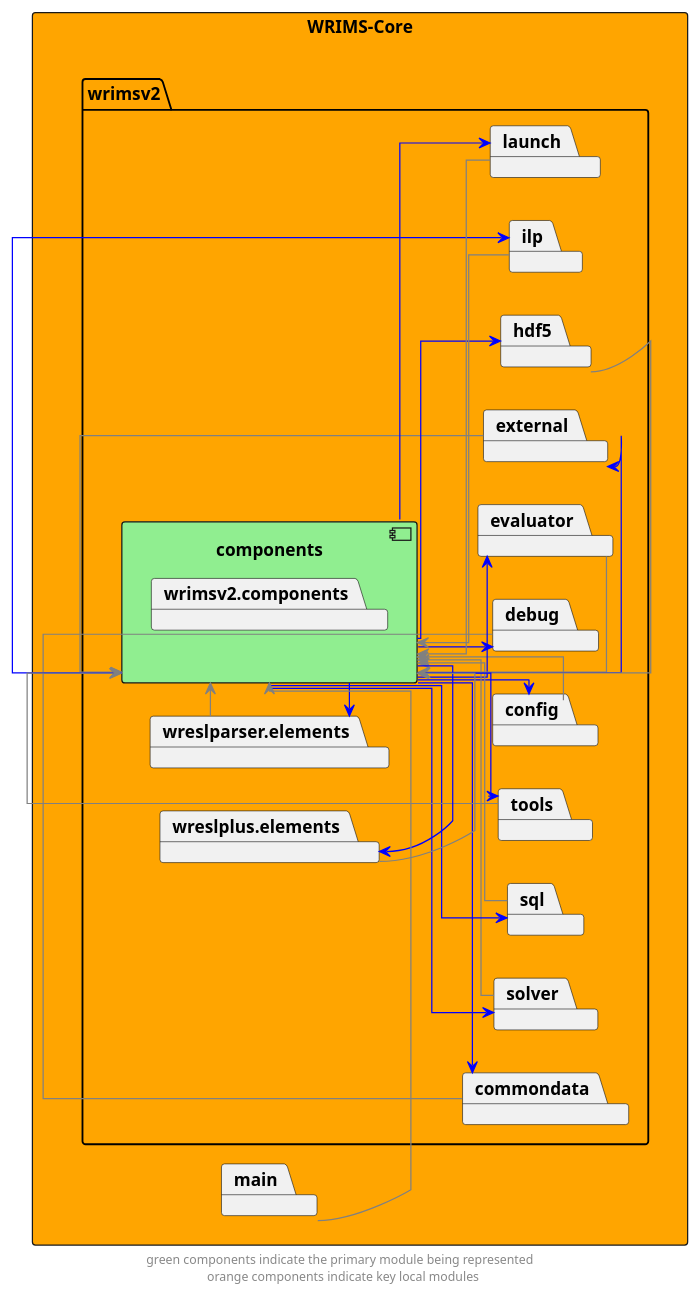
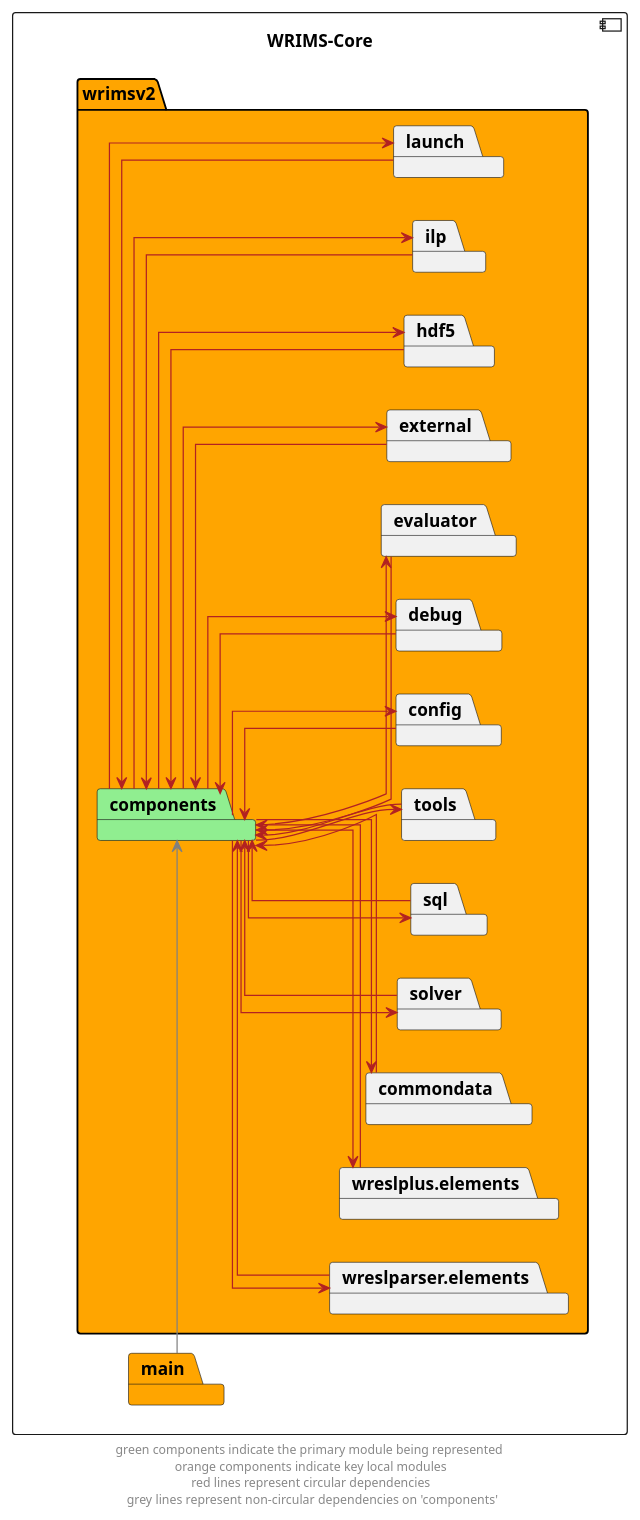
Before and after one commit to CentralValleyModeling/wrims: the diagram in docs/diagrams/wrims-core/wrims-core_components.puml, drawn with PlantUML. The commit also changed 63 other files, not shown here.

Commit message:
updated diagrams for improved consistency and legibility

```diff
--- a/docs/diagrams/wrims-core/wrims-core_components.puml
+++ b/docs/diagrams/wrims-core/wrims-core_components.puml
@@ -1,77 +1,75 @@
 @startuml
 left to right direction
 skinparam linetype ortho
-rectangle wrims_core as "WRIMS-Core" #orange {
-    package wrimsv2 {
-        component components #lightgreen {
-            package wrimsv2.components
-        }
+component wrims_core as "WRIMS-Core" {
+    package wrimsv2  #orange{
+        package components #lightgreen
         package commondata
         package wreslparser.elements
         package wreslplus.elements
         package solver
         package sql
         package tools
         package config
         package debug
         package evaluator
         package external
         package hdf5
         package ilp
         package launch
     }
-package main
+package main #orange
 }
 
-components --> commondata #blue
-commondata --> components #grey
+components --> commondata #firebrick
+commondata --> components #firebrick
 
-components --> config #blue
-config --> components #grey
+components --> config #firebrick
+config --> components #firebrick
 
-components --> debug #blue
-debug --> components #grey
+components --> debug #firebrick
+debug --> components #firebrick
 
-components --> evaluator #blue
-evaluator --> components #grey
+components --> evaluator #firebrick
+evaluator --> components #firebrick
 
-components --> external #blue
-external --> components #grey
+components --> external #firebrick
+external --> components #firebrick
 
-components --> hdf5 #blue
-hdf5 --> components #grey
+components --> hdf5 #firebrick
+hdf5 --> components #firebrick
 
-components --> ilp #blue
-ilp --> components #grey
+components --> ilp #firebrick
+ilp --> components #firebrick
 
-components --> launch #blue
-launch --> components #grey
+components --> launch #firebrick
+launch --> components #firebrick
 
-components --> solver #blue
-solver --> components #grey
+components --> solver #firebrick
+solver --> components #firebrick
 
-components --> sql #blue
-sql --> components #grey
+components --> sql #firebrick
+sql --> components #firebrick
 
-components --> tools #blue
-tools --> components #grey
+components --> tools #firebrick
+tools --> components #firebrick
 
-components --> wreslparser.elements #blue
-wreslparser.elements --> components #grey
+components --> wreslparser.elements #firebrick
+wreslparser.elements --> components #firebrick
 
-components --> wreslplus.elements #blue
-wreslplus.elements --> components #grey
+components --> wreslplus.elements #firebrick
+wreslplus.elements --> components #firebrick
 
 
 main -right-> components #grey
 
 
 ' The following relationships are hidden and used to format the diagram. They do not represent actual dependencies.
 main -up[hidden]-> wrims_core
 'commondata -up[hidden]-> wreslparser.elements
 'wreslparser.elements -up[hidden]-> wreslplus.elements
 'commondata -left[hidden]-> components
 wreslparser.elements -left[hidden]-> components
 wreslplus.elements -left[hidden]-> components
-footer "green components indicate the primary module being represented \n orange components indicate key local modules"
+footer "green components indicate the primary module being represented \n orange components indicate key local modules \n red lines represent circular dependencies \n grey lines represent non-circular dependencies on 'components'"
 @enduml
```
